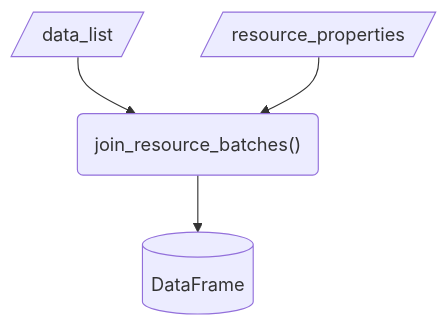
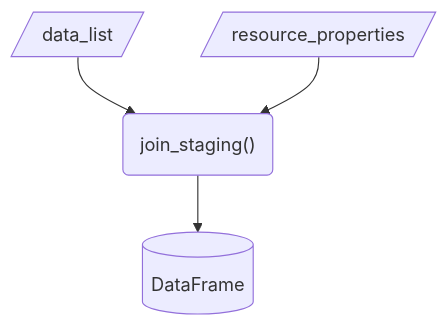
The third of 8 diagrams in docs/design/interface/functions.qmd (seedcase-project/seedcase-sprout), drawn with Mermaid before and after one commit. The commit also changed other lines of this file and 18 other files, not shown here.

Commit message:
refactor: 🚚 rename from batches to staging (#1762)

````diff
--- a/docs/design/interface/functions.qmd
+++ b/docs/design/interface/functions.qmd
@@ -92,10 +92,10 @@
 ```{mermaid}
 flowchart
     in_data[/data_list/]
     in_properties[/resource_properties/]
-    function("join_resource_batches()")
+    function("join_staging()")
     out[("DataFrame")]
     in_data --> function
     in_properties --> function
     function --> out
 ```
````
